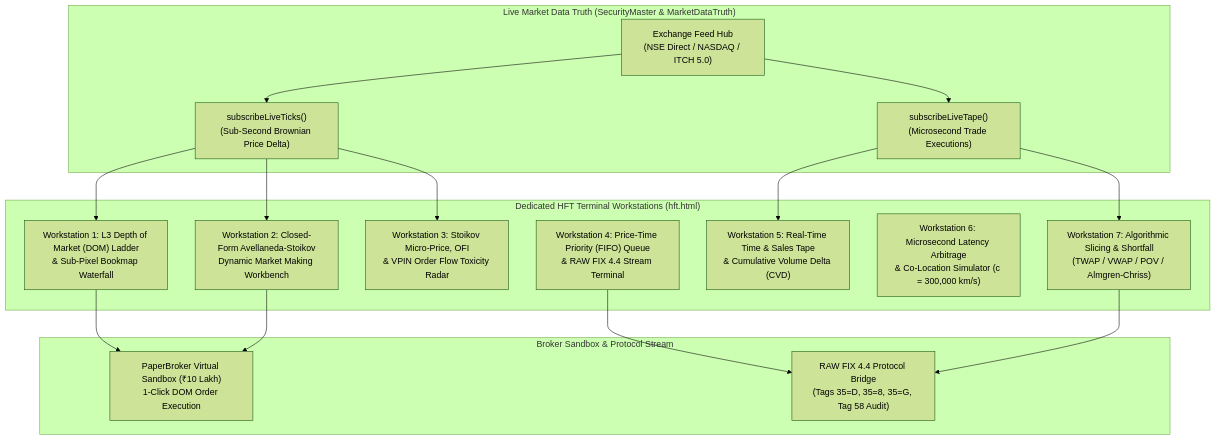
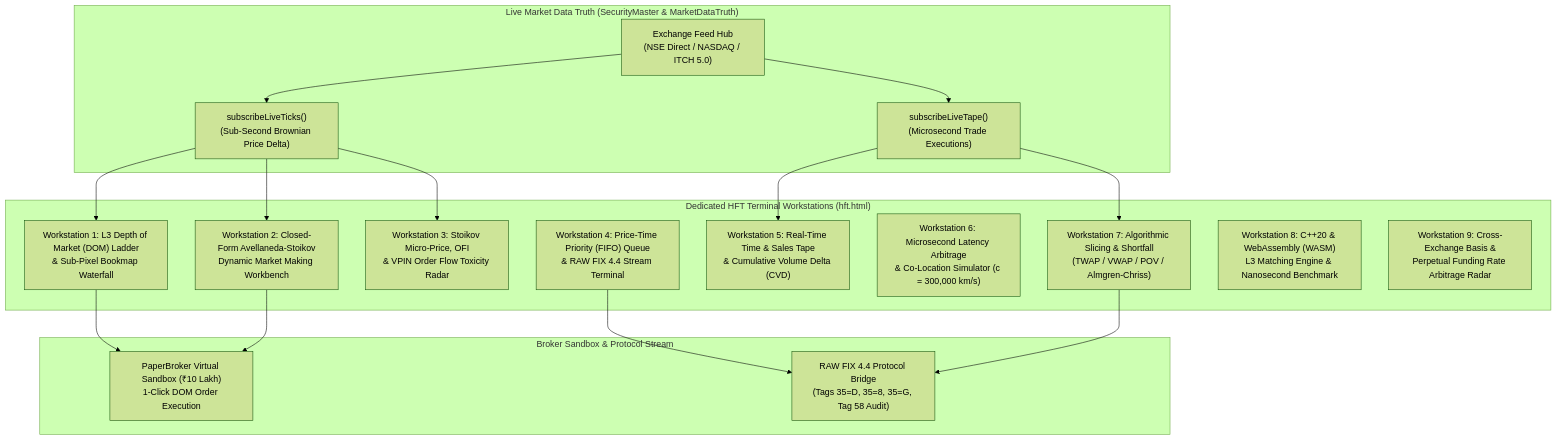
Before and after one commit to Premchandyadav369/RISKOS: diagram 14 of 18 in README.md, drawn with Mermaid (forest theme). The commit also changed other lines of this file and 9 other files, not shown here.

Commit message:
feat: implement C++ & WebAssembly L3 matching engine and cross-exchange basis arbitrage radar (Workstations 8 & 9)

````diff
--- a/README.md
+++ b/README.md
@@ -623,30 +623,32 @@
 ```mermaid
 flowchart TD
     subgraph MarketFeeds ["Live Market Data Truth (SecurityMaster & MarketDataTruth)"]
         SM["Exchange Feed Hub\n(NSE Direct / NASDAQ / ITCH 5.0)"] --> Ticks["subscribeLiveTicks()\n(Sub-Second Brownian Price Delta)"]
         SM --> TapeStream["subscribeLiveTape()\n(Microsecond Trade Executions)"]
     end
 
     subgraph TerminalCore ["Dedicated HFT Terminal Workstations (hft.html)"]
         WS1["Workstation 1: L3 Depth of Market (DOM) Ladder\n& Sub-Pixel Bookmap Waterfall"]
         WS2["Workstation 2: Closed-Form Avellaneda-Stoikov\nDynamic Market Making Workbench"]
         WS3["Workstation 3: Stoikov Micro-Price, OFI\n& VPIN Order Flow Toxicity Radar"]
         WS4["Workstation 4: Price-Time Priority (FIFO) Queue\n& RAW FIX 4.4 Stream Terminal"]
         WS5["Workstation 5: Real-Time Time & Sales Tape\n& Cumulative Volume Delta (CVD)"]
         WS6["Workstation 6: Microsecond Latency Arbitrage\n& Co-Location Simulator (c = 300,000 km/s)"]
         WS7["Workstation 7: Algorithmic Slicing & Shortfall\n(TWAP / VWAP / POV / Almgren-Chriss)"]
+        WS8["Workstation 8: C++20 & WebAssembly (WASM)\nL3 Matching Engine & Nanosecond Benchmark"]
+        WS9["Workstation 9: Cross-Exchange Basis &\nPerpetual Funding Rate Arbitrage Radar"]
     end
 
     subgraph ExecutionLayer ["Broker Sandbox & Protocol Stream"]
         WS1 --> PB["PaperBroker Virtual Sandbox (₹10 Lakh)\n1-Click DOM Order Execution"]
         WS2 --> PB
         WS4 --> FIX["RAW FIX 4.4 Protocol Bridge\n(Tags 35=D, 35=8, 35=G, Tag 58 Audit)"]
         WS7 --> FIX
     end
 
     Ticks --> WS1
     Ticks --> WS2
     Ticks --> WS3
     TapeStream --> WS5
     TapeStream --> WS7
 ```
````
